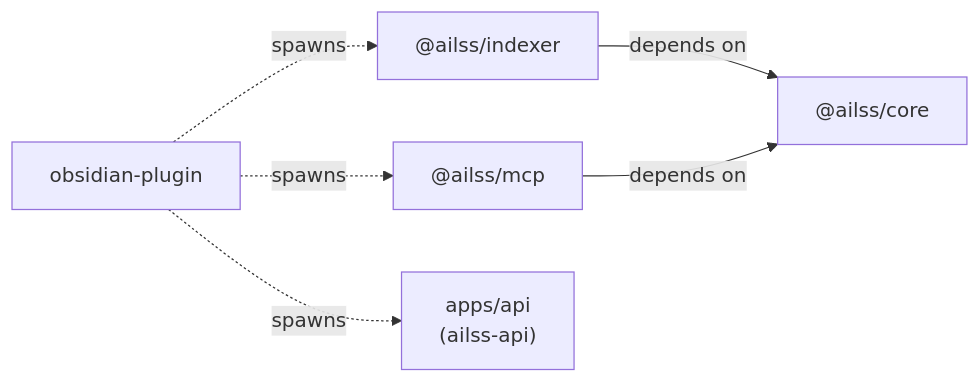
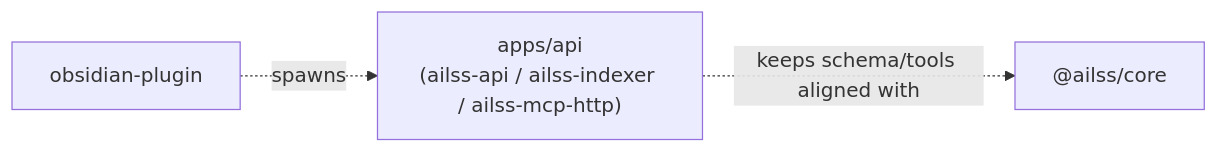
Before and after one commit to maehwasoo/AILSS: the first of 3 diagrams in README.md, drawn with Mermaid. The commit also changed other lines of this file and 130 other files, not shown here.

````diff
--- a/README.md
+++ b/README.md
@@ -45,15 +42,9 @@
 ```mermaid
 flowchart LR
   core["@ailss/core"]
-  indexer["@ailss/indexer"]
-  mcp["@ailss/mcp"]
-  api["apps/api<br/>(ailss-api)"]
+  api["apps/api<br/>(ailss-api / ailss-indexer / ailss-mcp-http)"]
   plugin["obsidian-plugin"]
 
-  indexer -->|depends on| core
-  mcp -->|depends on| core
-
-  plugin -.->|spawns| indexer
-  plugin -.->|spawns| mcp
+  api -.->|keeps schema/tools aligned with| core
   plugin -.->|spawns| api
 ```
````
